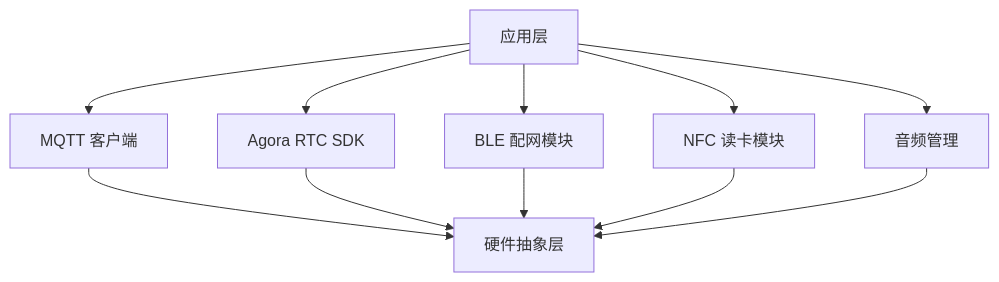
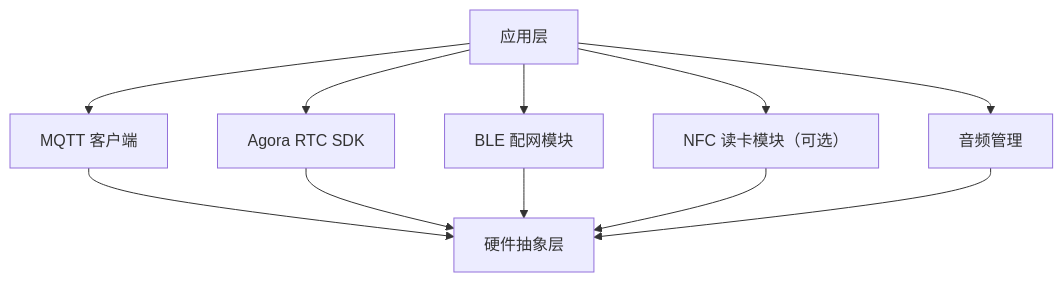
The seventh of 7 diagrams in solution-ai-toy.md (sentino-jp/iot-docs), drawn with Mermaid before and after one commit. The commit also changed other lines of this file and 6 other files, not shown here.

````diff
--- a/solution-ai-toy.md
+++ b/solution-ai-toy.md
@@ -295,21 +297,21 @@
 ```mermaid
 graph TD
     APP["应用层"]
     MQTT["MQTT 客户端"]
     RTC["Agora RTC SDK"]
     BLE["BLE 配网模块"]
-    NFC["NFC 读卡模块"]
+    NFC["NFC 读卡模块（可选）"]
     AUDIO["音频管理"]
     HAL["硬件抽象层"]
 
     APP --> MQTT
     APP --> RTC
     APP --> BLE
     APP --> NFC
     APP --> AUDIO
     MQTT --> HAL
     RTC --> HAL
     BLE --> HAL
     NFC --> HAL
     AUDIO --> HAL
 ```
````
